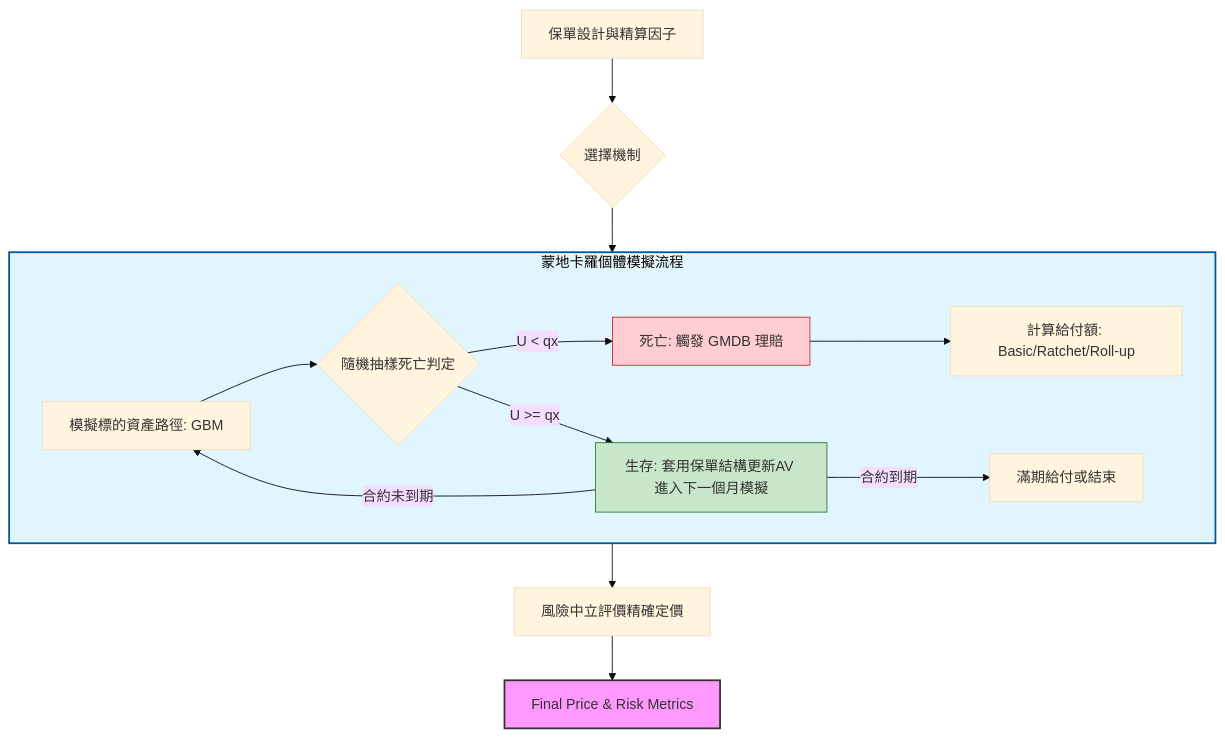
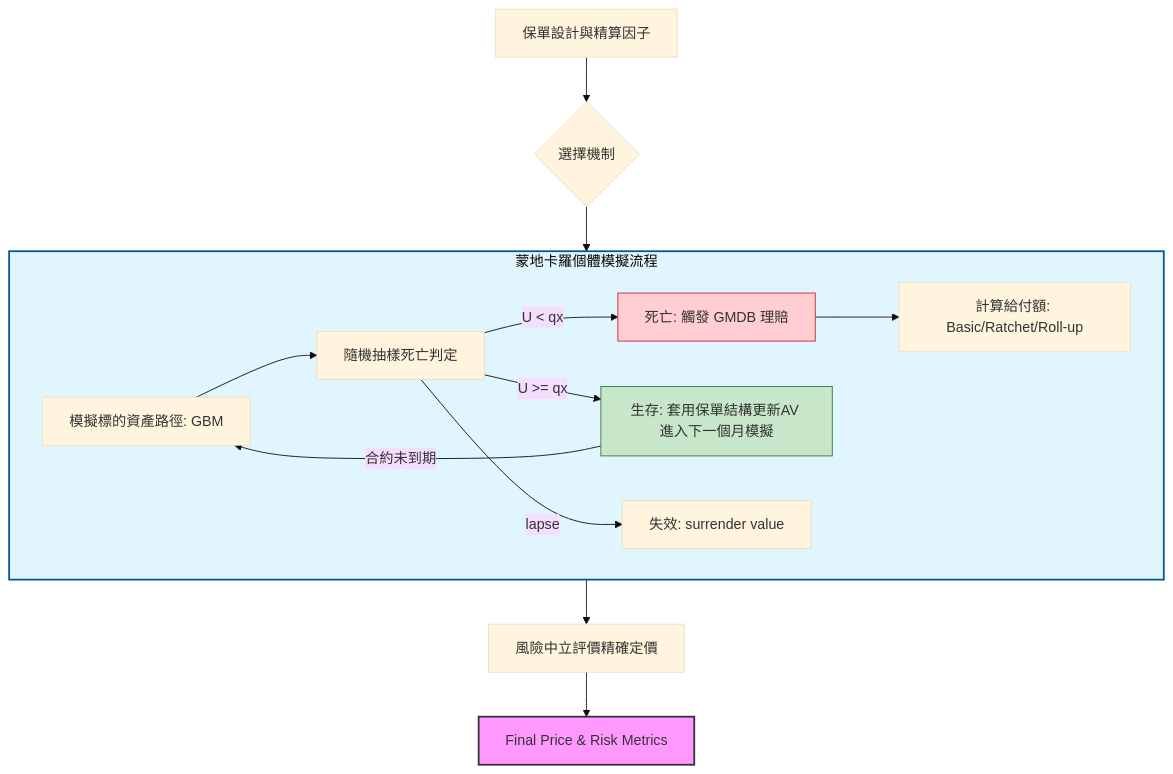
Before and after one commit to Kai-Yun-Chang/--Simulation-Python: the diagram in README.md, drawn with Mermaid (base theme).

````diff
--- a/README.md
+++ b/README.md
@@ -26,25 +26,25 @@
 ```mermaid
 graph TD
     %% 主流程
     Input[保單設計與精算因子] --> Mechanism{選擇機制}
     Mechanism --> Simulation[蒙地卡羅模擬流程]
     Simulation --> Risk-neutral[風險中立評價精確定價]
     Risk-neutral --> Result[Final Price & Risk Metrics]
 
     %% 蒙地卡羅詳細步驟 (子圖)
     subgraph Simulation [蒙地卡羅個體模擬流程]
-        S1[模擬標的資產路徑: GBM] --> S2{隨機抽樣死亡判定}
+        S1[模擬標的資產路徑: GBM] --> S2[隨機抽樣死亡判定]
         S2 -->|U < qx| Dead[死亡: 觸發 GMDB 理賠]
         S2 -->|U >= qx| Alive[生存: 套用保單結構更新AV 進入下一個月模擬]
+        S2 --> |lapse| Lapse[失效: surrender value]
         Dead --> S3[計算給付額: Basic/Ratchet/Roll-up]
         
         Alive -->|合約未到期| S1
-        Alive -->|合約到期| End[滿期給付或結束]
     end
 
     style Dead fill:#ffcdd2,stroke:#c62828
     style Alive fill:#c8e6c9,stroke:#2e7d32
     %% 樣式設定
     style Simulation fill:#e1f5fe,stroke:#01579b,stroke-width:2px
     style Result fill:#f9f,stroke:#333,stroke-width:2px
 ```
````
